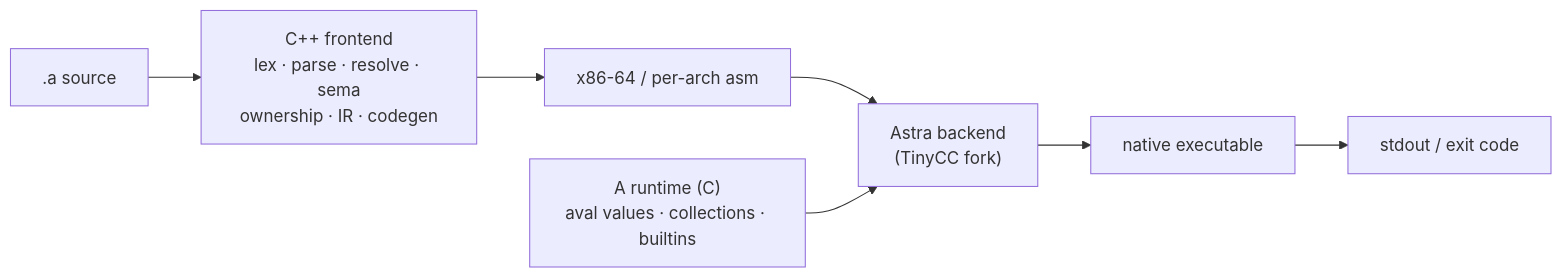
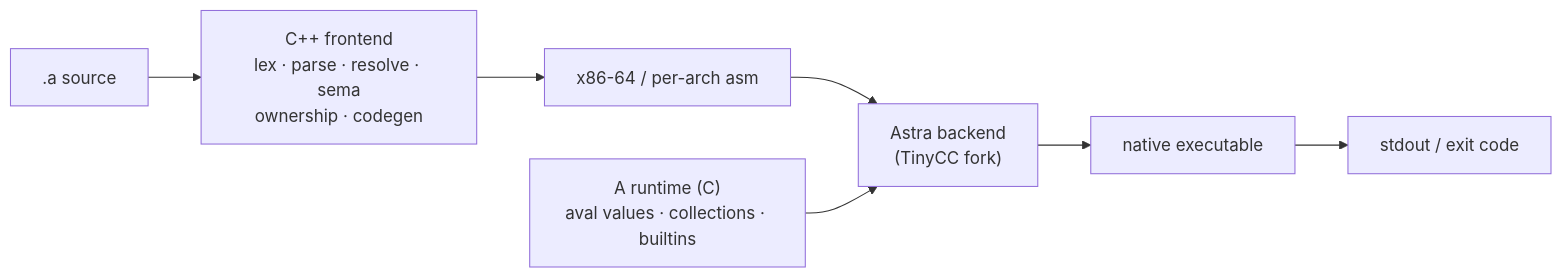
The diagram in README.md (ALangLabs/A), drawn with Mermaid before and after one commit. The commit also changed other lines of this file and 21 other files, not shown here.

````diff
--- a/README.md
+++ b/README.md
@@ -161,9 +160,9 @@
 ```mermaid
 flowchart LR
-    src[".a source"] --> fe["C++ frontend<br/>lex · parse · resolve · sema<br/>ownership · IR · codegen"]
+    src[".a source"] --> fe["C++ frontend<br/>lex · parse · resolve · sema<br/>ownership · codegen"]
     fe --> s["x86-64 / per-arch asm"]
     s --> astra["Astra backend<br/>(TinyCC fork)"]
     rt["A runtime (C)<br/>aval values · collections · builtins"] --> astra
     astra --> bin["native executable"]
     bin --> out["stdout / exit code"]
 ```
````
